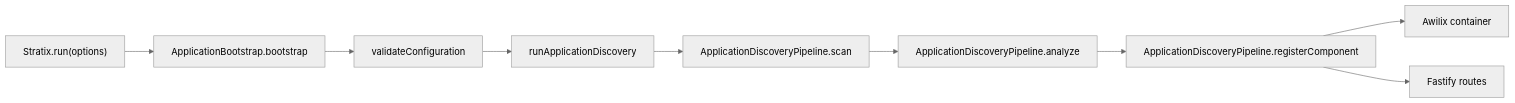
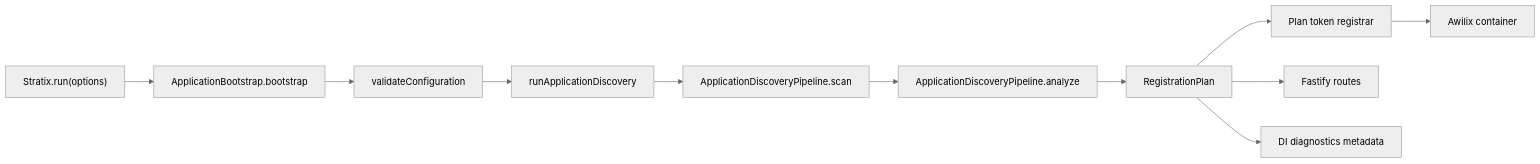
Before and after one commit to uroborus2s/obsync-root: the diagram in docs/04-project-development/04-design/core-application-discovery-pipeline.md, drawn with Mermaid (neutral theme). The commit also changed other lines of this file and 26 other files, not shown here.

First line of the commit message:
feat: 收敛 core RegistrationPlan 架构模型

````diff
--- a/docs/04-project-development/04-design/core-application-discovery-pipeline.md
+++ b/docs/04-project-development/04-design/core-application-discovery-pipeline.md
@@ -9,11 +9,13 @@
 ```mermaid
 flowchart LR
   A["Stratix.run(options)"] --> B["ApplicationBootstrap.bootstrap"]
   B --> C["validateConfiguration"]
   C --> D["runApplicationDiscovery"]
   D --> E["ApplicationDiscoveryPipeline.scan"]
   E --> F["ApplicationDiscoveryPipeline.analyze"]
-  F --> G["ApplicationDiscoveryPipeline.registerComponent"]
-  G --> H["Awilix container"]
-  G --> I["Fastify routes"]
+  F --> G["RegistrationPlan"]
+  G --> H["Plan token registrar"]
+  H --> I["Awilix container"]
+  G --> J["Fastify routes"]
+  G --> K["DI diagnostics metadata"]
 ```
````
